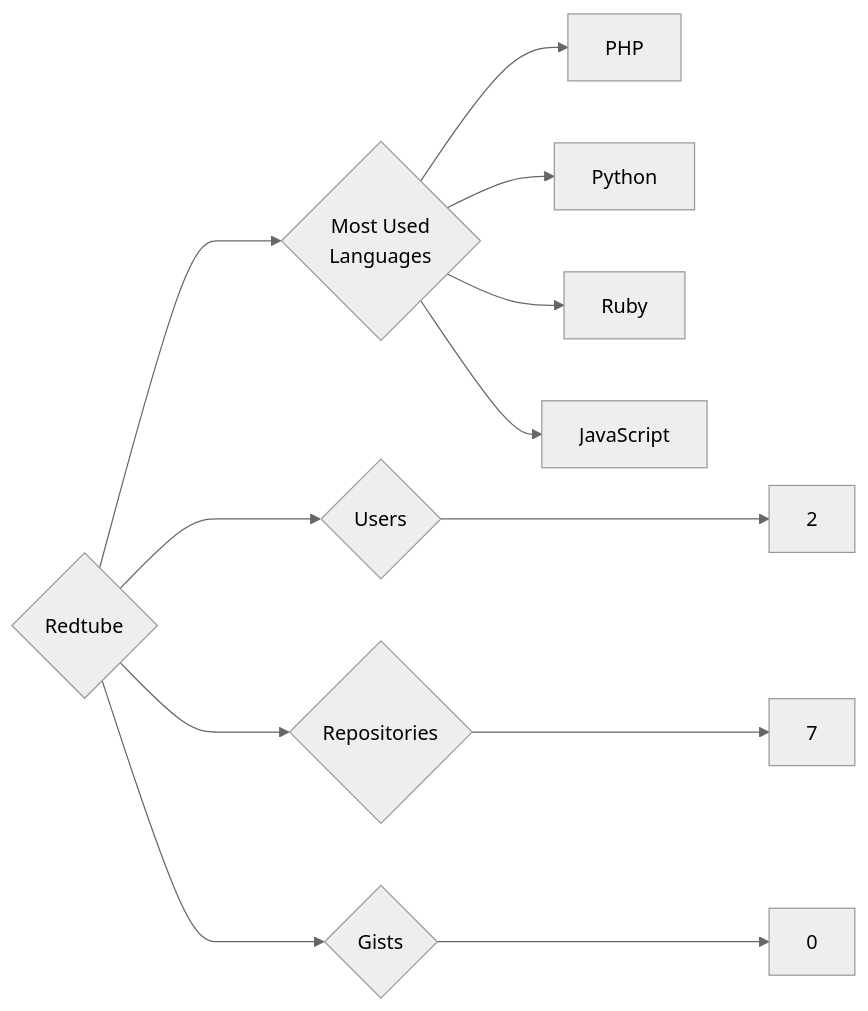
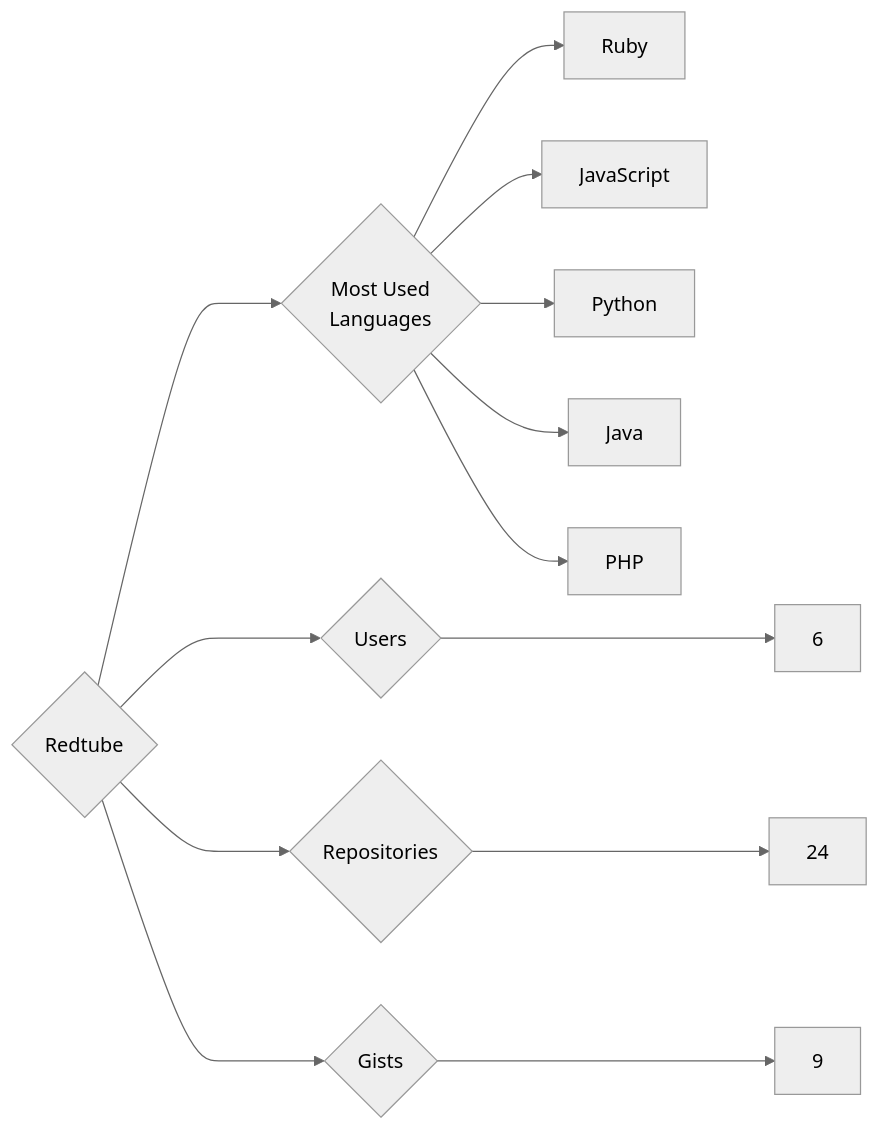
Before and after one commit to trickest/insiders: the diagram in targets/Redtube/README.md, drawn with Mermaid (neutral theme). The commit also changed 940 other files, not shown here.

````diff
--- a/targets/Redtube/README.md
+++ b/targets/Redtube/README.md
@@ -3,12 +3,13 @@
 ```mermaid
 graph LR
 COMPANY_NAME{Redtube}
-COMPANY_NAME ---> U{Users} ---> UN[2]
-COMPANY_NAME ---> R{Repositories} ---> RN[7]
-COMPANY_NAME ---> G{Gists} ---> GN[0]
+COMPANY_NAME ---> U{Users} ---> UN[6]
+COMPANY_NAME ---> R{Repositories} ---> RN[24]
+COMPANY_NAME ---> G{Gists} ---> GN[9]
 COMPANY_NAME ---> ML{Most Used<br>Languages}
-ML --> PHP[PHP]
-ML --> Python[Python]
 ML --> Ruby[Ruby]
 ML --> JavaScript[JavaScript]
+ML --> Python[Python]
+ML --> Java[Java]
+ML --> PHP[PHP]
 ```
````
